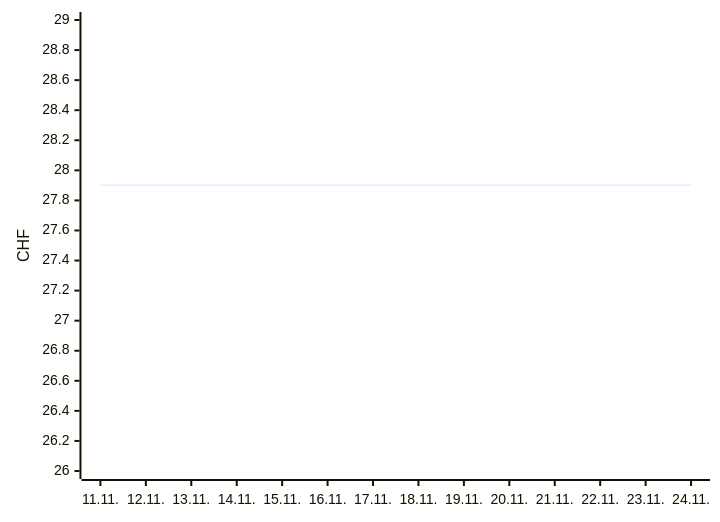
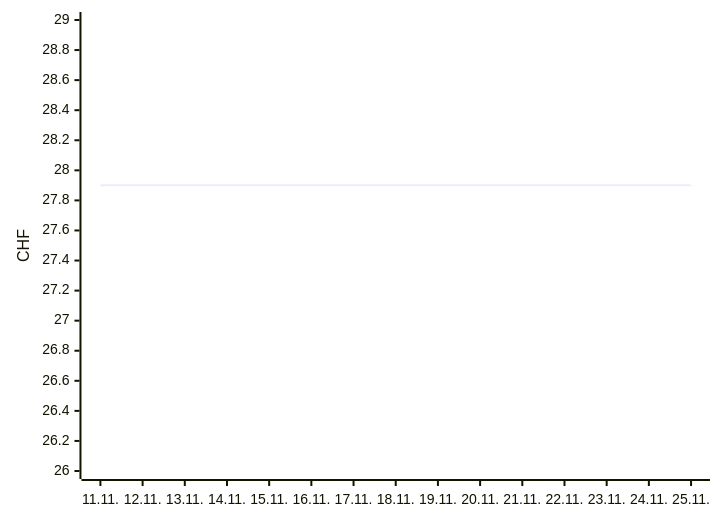
Before and after one commit to Akira2828/my-Galaxus-MCP: the first of 2 diagrams in README.md, drawn with Mermaid. The commit also changed other lines of this file and 1 other file, not shown here.

````diff
--- a/README.md
+++ b/README.md
@@ -16,6 +16,6 @@
 ```mermaid
 xychart-beta
-  x-axis ["11.11.", "12.11.", "13.11.", "14.11.", "15.11.", "16.11.", "17.11.", "18.11.", "19.11.", "20.11.", "21.11.", "22.11.", "23.11.", "24.11."]
+  x-axis ["11.11.", "12.11.", "13.11.", "14.11.", "15.11.", "16.11.", "17.11.", "18.11.", "19.11.", "20.11.", "21.11.", "22.11.", "23.11.", "24.11.", "25.11."]
   y-axis "CHF" 26 --> 29
-  line [27.9, 27.9, 27.9, 27.9, 27.9, 27.9, 27.9, 27.9, 27.9, 27.9, 27.9, 27.9, 27.9, 27.9]
+  line [27.9, 27.9, 27.9, 27.9, 27.9, 27.9, 27.9, 27.9, 27.9, 27.9, 27.9, 27.9, 27.9, 27.9, 27.9]
 ```
````
